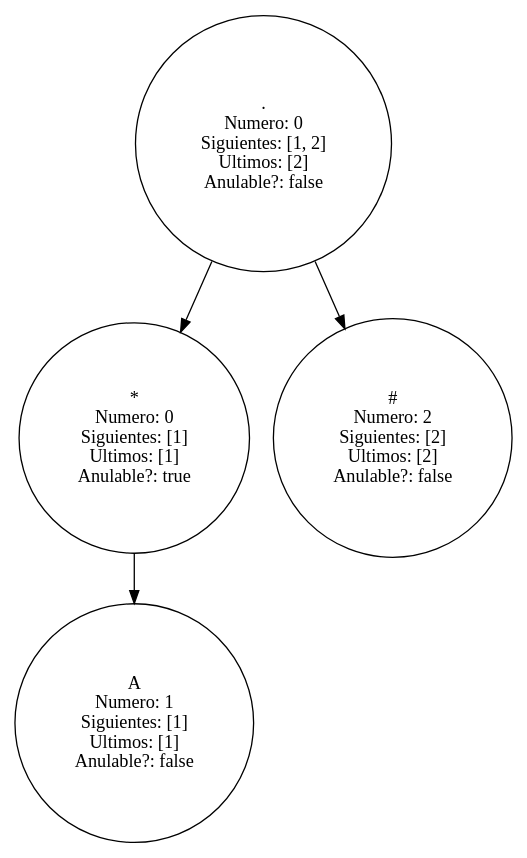
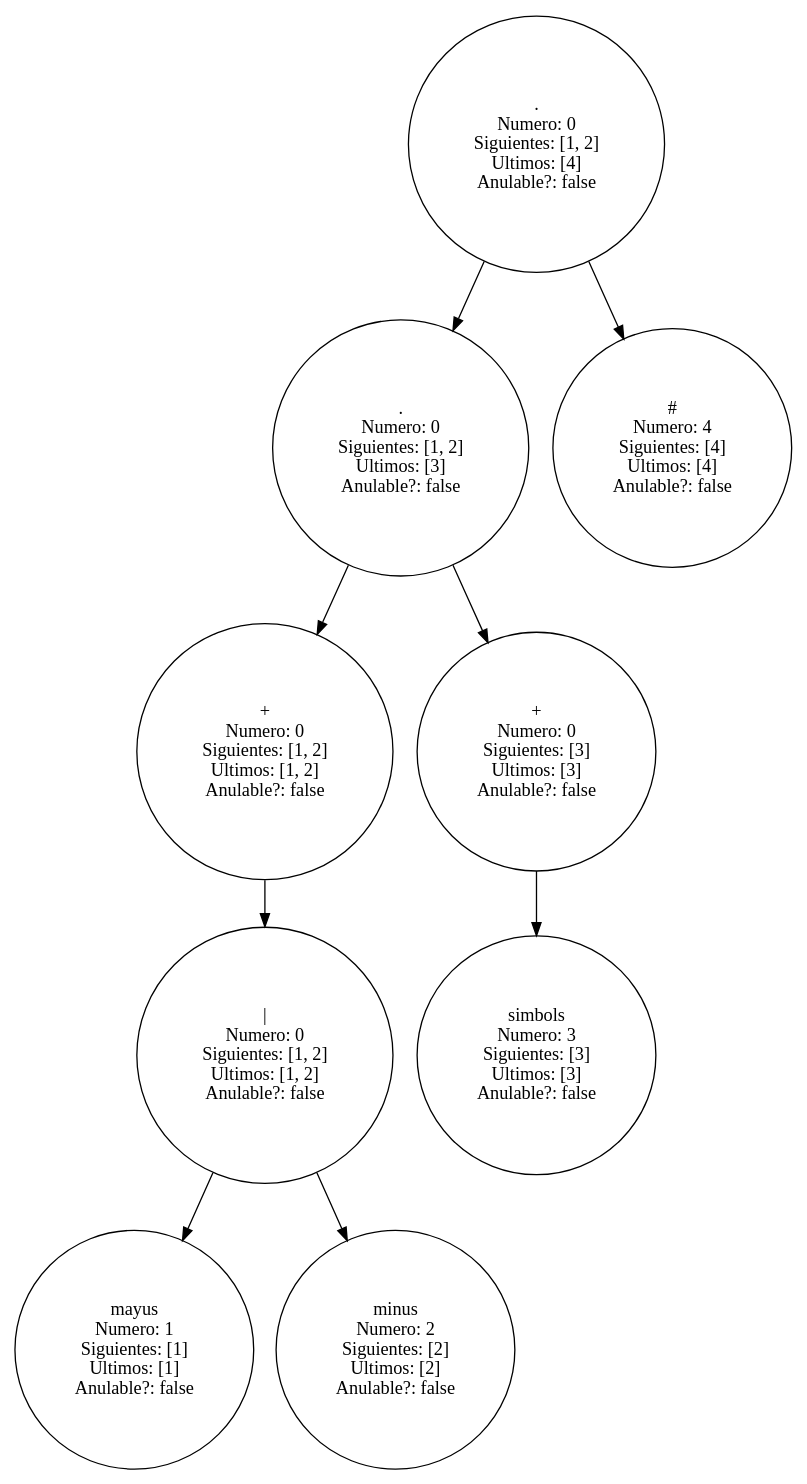
Before and after one commit to ByLy23/Regexitive-AFD-converter: the diagram in Dot/Arbol2.dot, drawn with Graphviz. The commit also changed 28 other files, not shown here.

```diff
--- a/Dot/Arbol2.dot
+++ b/Dot/Arbol2.dot
@@ -1,26 +1,56 @@
 digraph Arbol{
-442803419[shape=circle label="*
+1861177629[shape=circle label="+
 Numero: 0
-Siguientes: [1]
-Ultimos: [1]
-Anulable?: true"];
-442803419 -> 1625886139
-1625886139[shape=circle label="A
+Siguientes: [1, 2]
+Ultimos: [1, 2]
+Anulable?: false"];
+1861177629 -> 1231821570
+841502147[shape=circle label="mayus
 Numero: 1
 Siguientes: [1]
 Ultimos: [1]
 Anulable?: false"];
-55733648[shape=circle label=".
+1231821570[shape=circle label="|
 Numero: 0
 Siguientes: [1, 2]
-Ultimos: [2]
+Ultimos: [1, 2]
 Anulable?: false"];
-55733648 -> 442803419
-55733648 -> 1760275827
-1760275827[shape=circle label="#
+1231821570 -> 841502147
+1231821570 -> 6522696
+6522696[shape=circle label="minus
 Numero: 2
 Siguientes: [2]
 Ultimos: [2]
 Anulable?: false"];
+345000416[shape=circle label=".
+Numero: 0
+Siguientes: [1, 2]
+Ultimos: [3]
+Anulable?: false"];
+345000416 -> 1861177629
+345000416 -> 1024324731
+1024324731[shape=circle label="+
+Numero: 0
+Siguientes: [3]
+Ultimos: [3]
+Anulable?: false"];
+1024324731 -> 1295769676
+1295769676[shape=circle label="simbols
+Numero: 3
+Siguientes: [3]
+Ultimos: [3]
+Anulable?: false"];
+1375631204[shape=circle label=".
+Numero: 0
+Siguientes: [1, 2]
+Ultimos: [4]
+Anulable?: false"];
+1375631204 -> 345000416
+1375631204 -> 1203239922
+1203239922[shape=circle label="#
+Numero: 4
+Siguientes: [4]
+Ultimos: [4]
+Anulable?: false"];
 
 }
```
